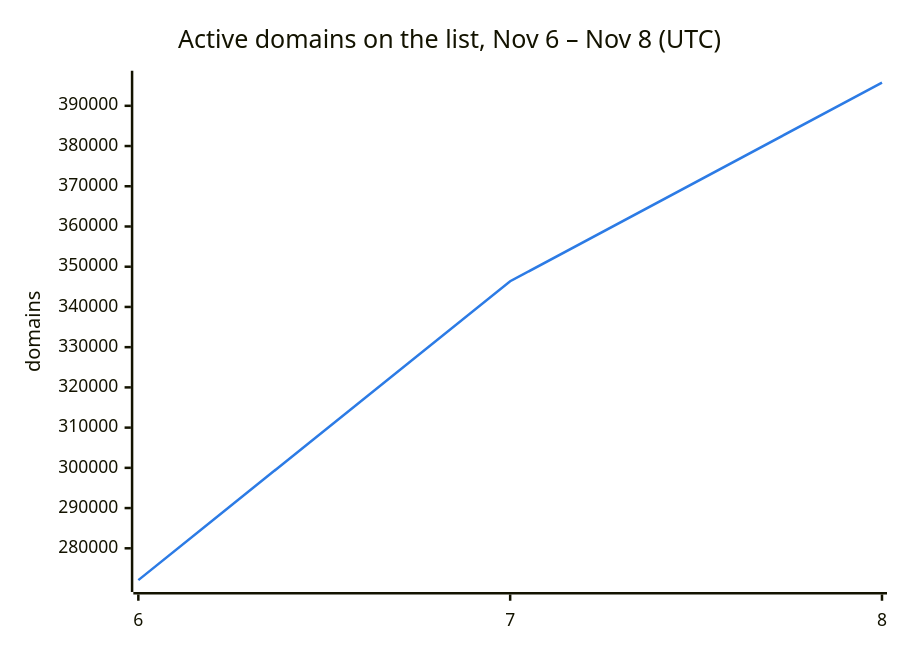
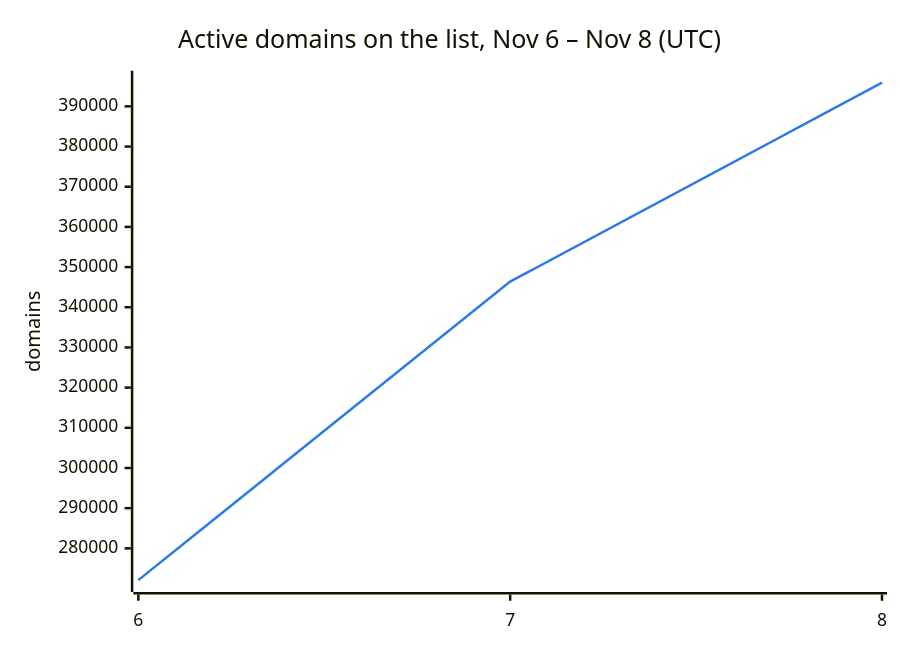
Before and after one commit to DNSBunker/CTI: the second of 3 diagrams in README.md, drawn with Mermaid. The commit also changed other lines of this file and 3 other files, not shown here.

````diff
--- a/README.md
+++ b/README.md
@@ -38,8 +38,8 @@
 ```mermaid
 %%{init: {"themeVariables": {"xyChart": {"plotColorPalette": "#2c7be5"}}}}%%
 xychart-beta
     title "Active domains on the list, Nov 6 – Nov 8 (UTC)"
     x-axis ["6", "7", "8"]
     y-axis "domains"
-    line [272088, 346388, 395763]
+    line [272088, 346388, 395909]
 ```
````
